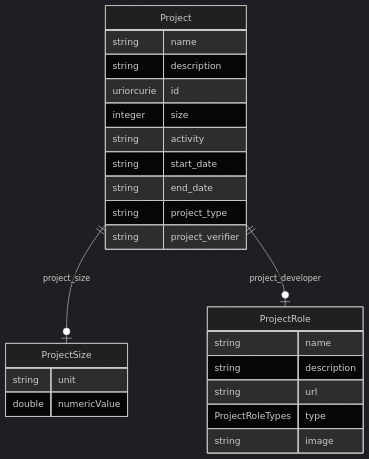
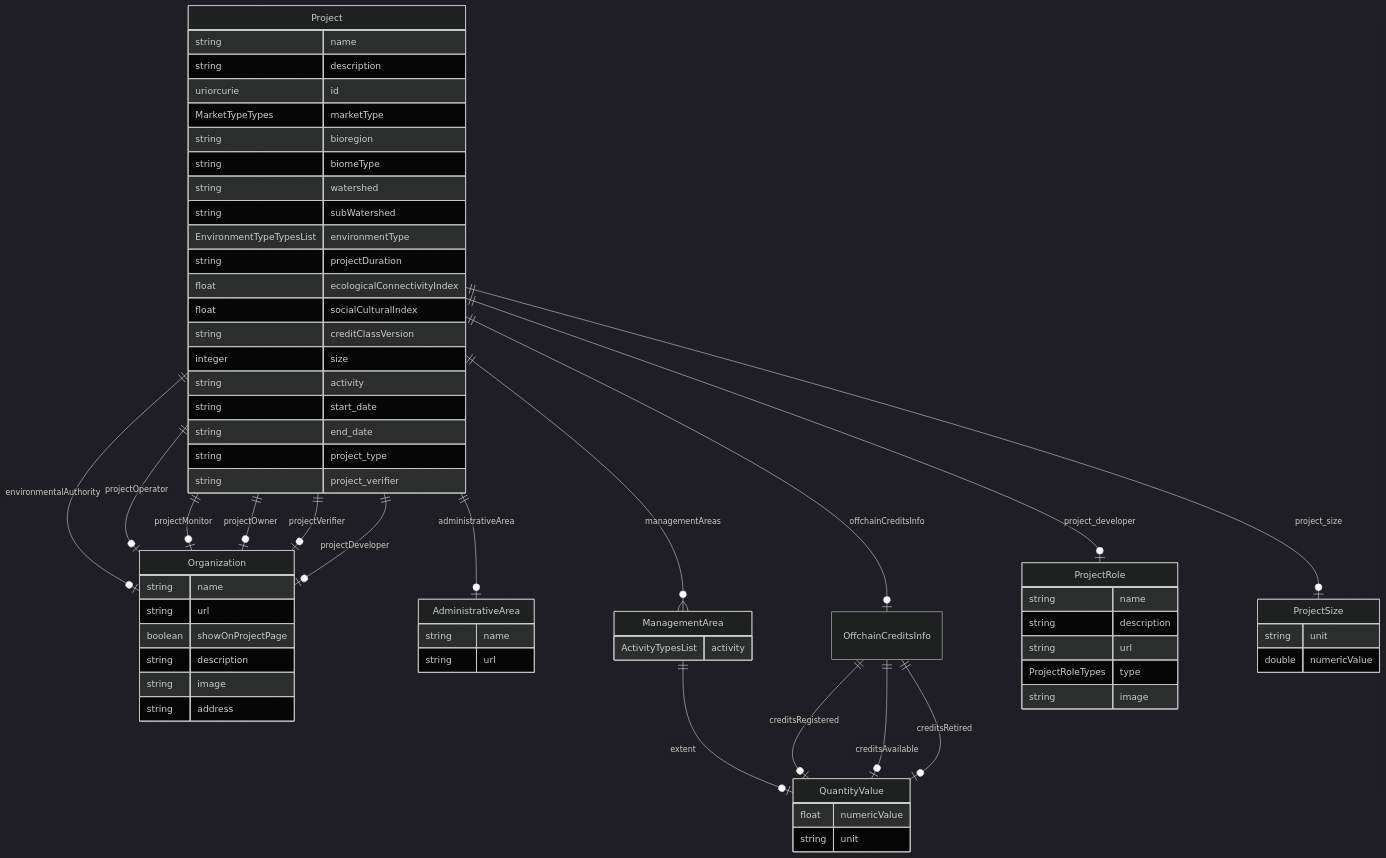
Before and after one commit to regen-network/regen-data-standards: the diagram in schema/generated/Project.md, drawn with Mermaid (dark theme). The commit also changed other lines of this file and 58 other files, not shown here.

First line of the commit message:
Add proposed project page metadata for terrasos (#8)

````diff
--- a/schema/generated/Project.md
+++ b/schema/generated/Project.md
@@ -11,29 +11,74 @@
 ```mermaid
 erDiagram
 Project {
     string name  
     string description  
     uriorcurie id  
+    MarketTypeTypes marketType  
+    string bioregion  
+    string biomeType  
+    string watershed  
+    string subWatershed  
+    EnvironmentTypeTypesList environmentType  
+    string projectDuration  
+    float ecologicalConnectivityIndex  
+    float socialCulturalIndex  
+    string creditClassVersion  
     integer size  
     string activity  
     string start_date  
     string end_date  
     string project_type  
     string project_verifier  
+}
+Organization {
+    string name  
+    string url  
+    boolean showOnProjectPage  
+    string description  
+    string image  
+    string address  
+}
+AdministrativeArea {
+    string name  
+    string url  
+}
+ManagementArea {
+    ActivityTypesList activity  
+}
+QuantityValue {
+    float numericValue  
+    string unit  
+}
+OffchainCreditsInfo {
+
 }
 ProjectRole {
     string name  
     string description  
     string url  
     ProjectRoleTypes type  
     string image  
 }
 ProjectSize {
     string unit  
     double numericValue  
 }
 
 Project ||--|o ProjectSize : "project_size"
 Project ||--|o ProjectRole : "project_developer"
+Project ||--|o Organization : "environmentalAuthority"
+Project ||--|o OffchainCreditsInfo : "offchainCreditsInfo"
+Project ||--}o ManagementArea : "managementAreas"
+Project ||--|o AdministrativeArea : "administrativeArea"
+Project ||--|o Organization : "projectOperator"
+Project ||--|o Organization : "projectMonitor"
+Project ||--|o Organization : "projectOwner"
+Project ||--|o Organization : "projectVerifier"
+Project ||--|o Organization : "projectDeveloper"
+ManagementArea ||--|o QuantityValue : "extent"
+OffchainCreditsInfo ||--|o QuantityValue : "creditsRegistered"
+OffchainCreditsInfo ||--|o QuantityValue : "creditsAvailable"
+OffchainCreditsInfo ||--|o QuantityValue : "creditsRetired"
 
 ```
````
